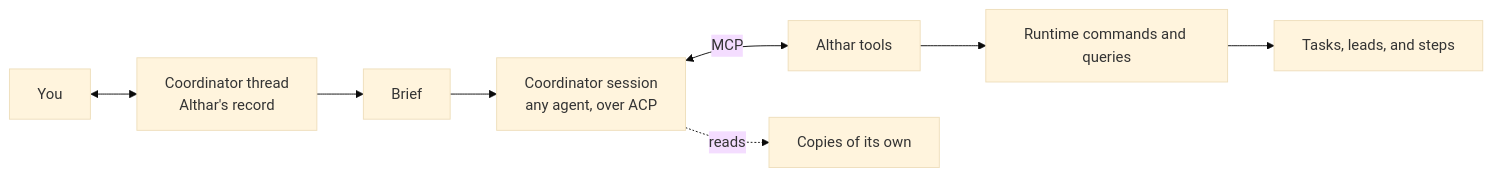
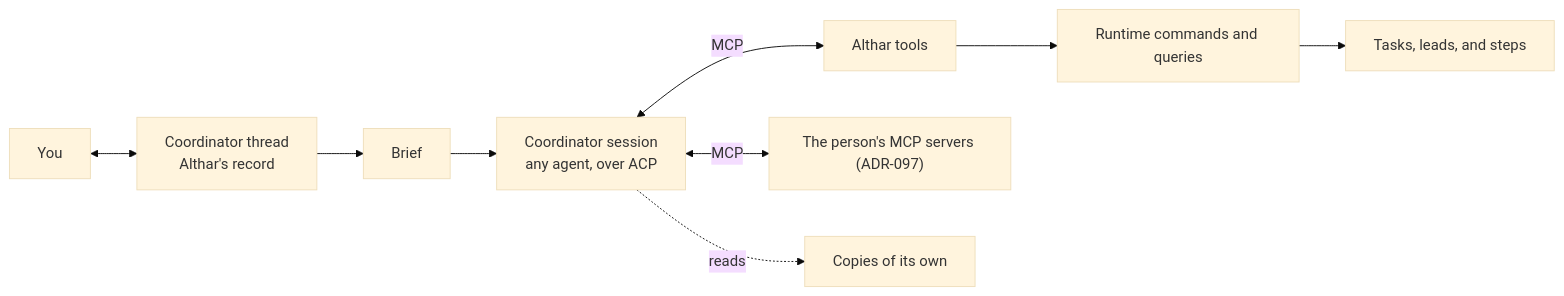
Before and after one commit to AltharIDE/althar: the first of 3 diagrams in docs/architecture/04-coordinator.md, drawn with Mermaid (base theme). The commit also changed other lines of this file and 11 other files, not shown here.

First line of the commit message:
Architecture, glossary and the plan follow ADR-097

````diff
--- a/docs/architecture/04-coordinator.md
+++ b/docs/architecture/04-coordinator.md
@@ -55,10 +67,11 @@
 ```mermaid
 flowchart LR
     You["You"] <--> Thread["Coordinator thread<br/>Althar's record"]
     Thread --> Brief["Brief"]
     Brief --> Session["Coordinator session<br/>any agent, over ACP"]
     Session <-->|"MCP"| Tools["Althar tools"]
+    Session <-->|"MCP"| Own["The person's MCP servers (ADR-097)"]
     Tools --> Runtime["Runtime commands and queries"]
     Session -.->|"reads"| Repos["Copies of its own"]
     Runtime --> Tasks["Tasks, leads, and steps"]
 ```
````
